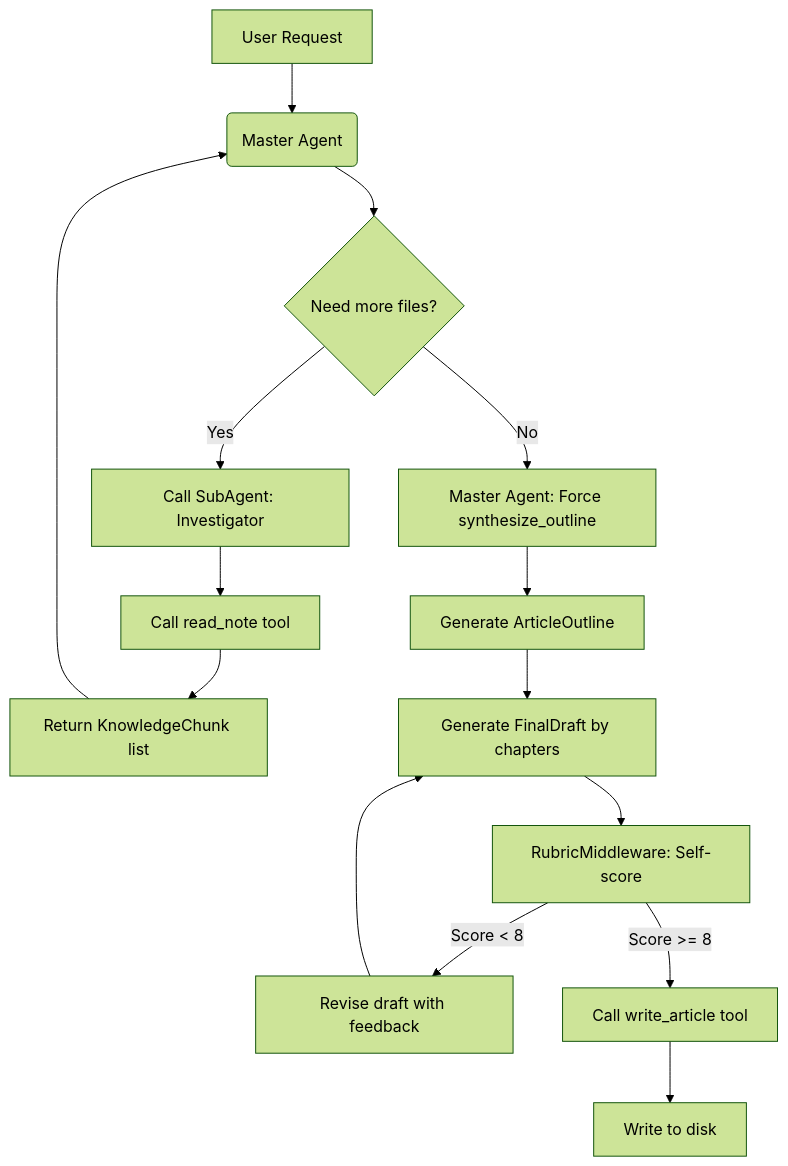
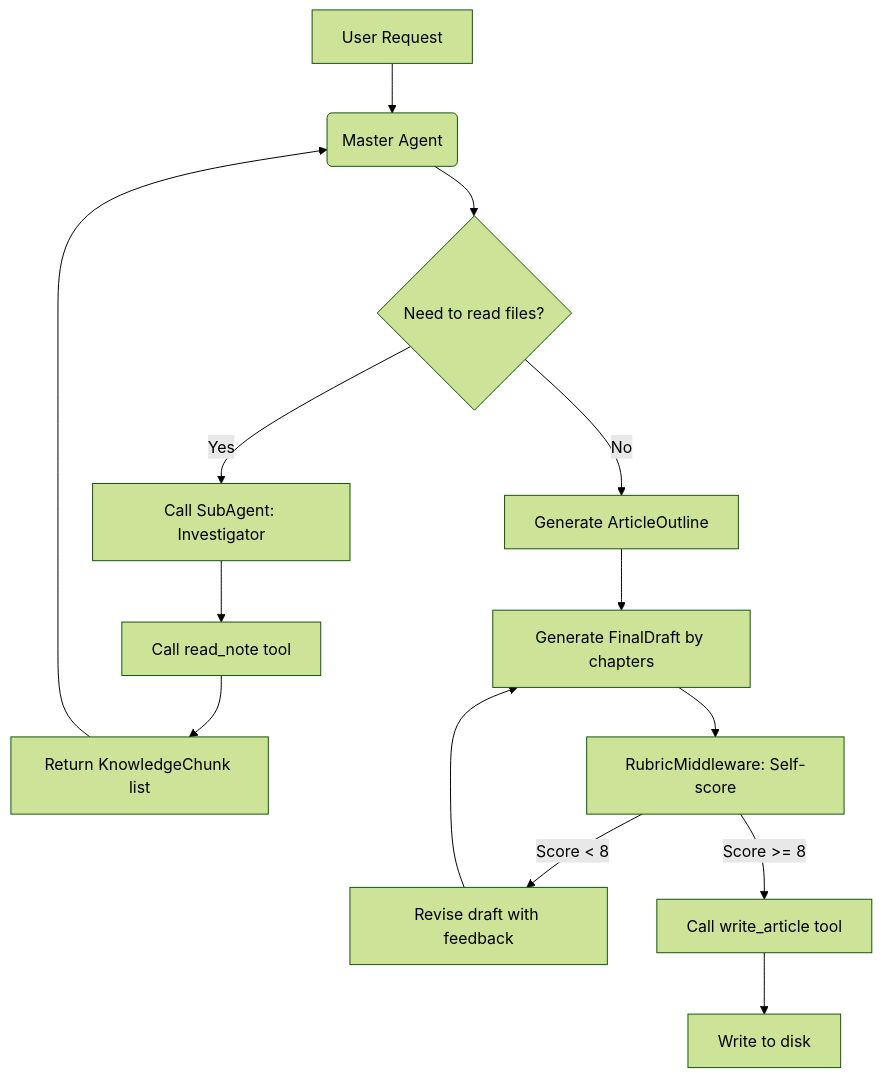
Before and after one commit to raulsecante1/ItIsAManager: the diagram in README.md, drawn with Mermaid (forest theme). The commit also changed other lines of this file and 6 other files, not shown here.

````diff
--- a/README.md
+++ b/README.md
@@ -19,17 +32,16 @@
 ```mermaid
 graph TD
     A[User Request] --> B(Master Agent)
-    B --> C{Need more files?}
+    B --> C{Need to read files?}
     C -->|Yes| D[Call SubAgent: Investigator]
     D --> E[Call read_note tool]
     E --> F[Return KnowledgeChunk list]
     F --> B
-    C -->|No| G[Master Agent: Force synthesize_outline]
-    G --> H[Generate ArticleOutline]
+    C -->|No| H[Generate ArticleOutline]
     H --> I[Generate FinalDraft by chapters]
     I --> J[RubricMiddleware: Self-score]
     J -->|Score < 8| K[Revise draft with feedback]
     K --> I
     J -->|Score >= 8| L[Call write_article tool]
     L --> M[Write to disk]
 ```
````
